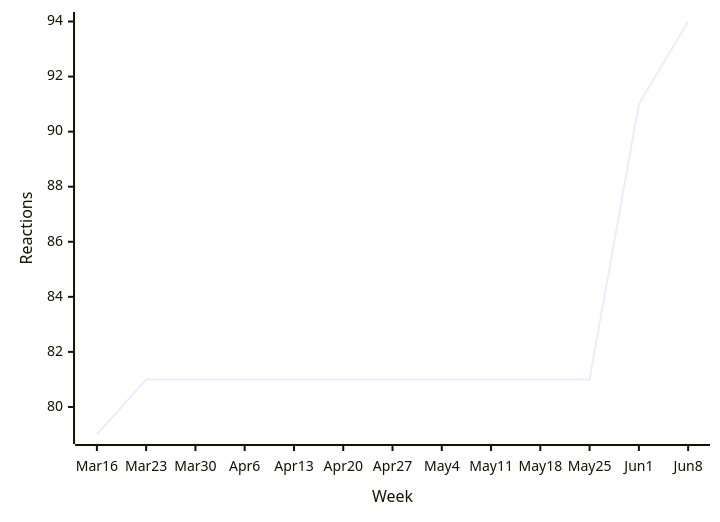
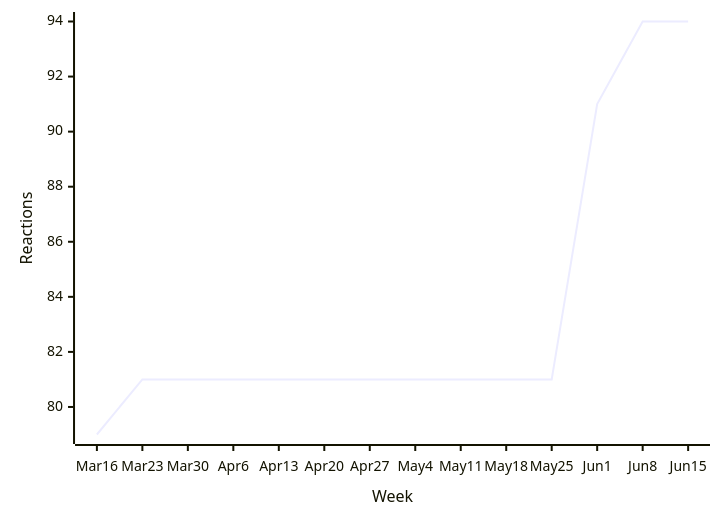
One commit to loic-sharma/github-insights changed the ninth of 47 diagrams in README.md. Above: the diagram before and after it, drawn with Mermaid. The commit also changed other lines of this file and 3 other files, not shown here.

````diff
--- a/README.md
+++ b/README.md
@@ -475,6 +475,6 @@
   ```mermaid
   xychart-beta
-    x-axis "Week" [Mar 16, Mar 23, Mar 30, Apr 6, Apr 13, Apr 20, Apr 27, May 4, May 11, May 18, May 25, Jun 1, Jun 8]
+    x-axis "Week" [Mar 16, Mar 23, Mar 30, Apr 6, Apr 13, Apr 20, Apr 27, May 4, May 11, May 18, May 25, Jun 1, Jun 8, Jun 15]
     y-axis "Reactions"
-    line [79, 81, 81, 81, 81, 81, 81, 81, 81, 81, 81, 91, 94]
+    line [79, 81, 81, 81, 81, 81, 81, 81, 81, 81, 81, 91, 94, 94]
   ```
````
